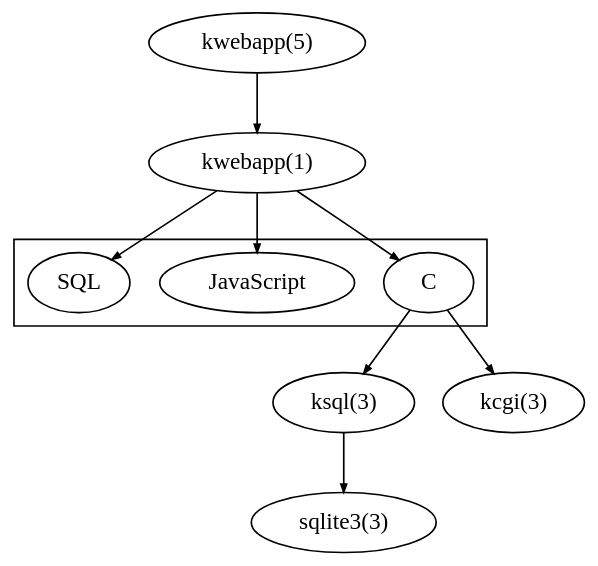
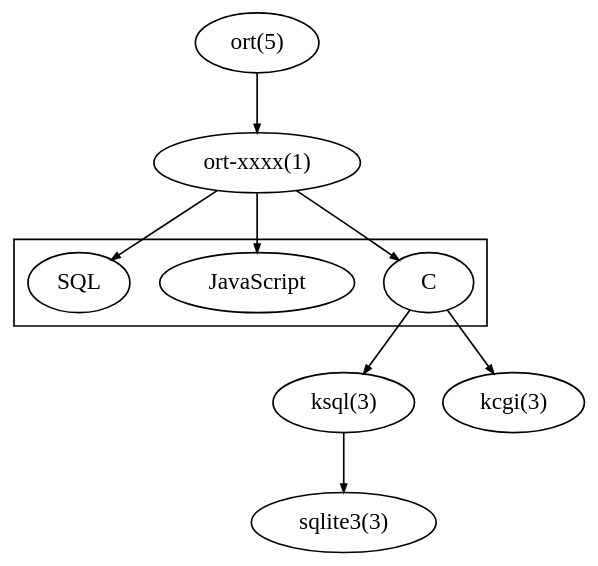
The diagram in rbac-fig4.dot (kristapsdz/bchs), drawn with Graphviz before and after one commit. The commit also changed 9 other files, not shown here.

Commit message:
kwebapp -> ort.

```diff
--- a/rbac-fig4.dot
+++ b/rbac-fig4.dot
@@ -1,32 +1,32 @@
 digraph {
 	edge [arrowsize="0.5";];
 	bgcolor="transparent";
 
-	cfg[label="kwebapp(5)"];
-	bin[label="kwebapp(1)"];
+	cfg[label="ort(5)"];
+	bin[label="ort-xxxx(1)"];
 
 	{ rank=same; cfg; }
 	{ rank=same; bin; }
 
 	subgraph cluster0 {
 		{ rank=same; src; js; sql; }
 		src[label="C"];
 		js[label="JavaScript"];
 		sql[label="SQL"];
 	}
 	cfg -> bin;
 	bin -> src;
 	bin -> js;
 	bin -> sql;
 
 	{ rank=same; ksql; kcgi; }
 	{ rank=same; sqlite; }
 
 	kcgi[label="kcgi(3)"];
 	ksql[label="ksql(3)"];
 	sqlite[label="sqlite3(3)"];
 
 	src -> ksql;
 	src -> kcgi;
 	ksql -> sqlite;
 }
```
